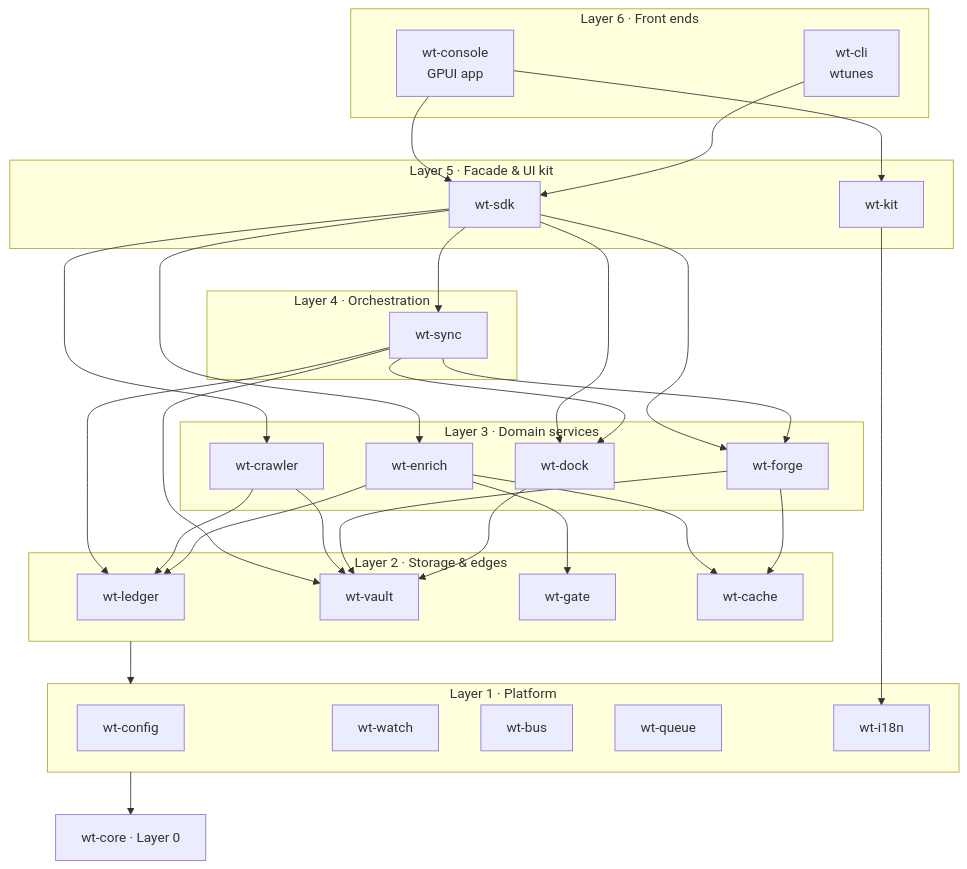
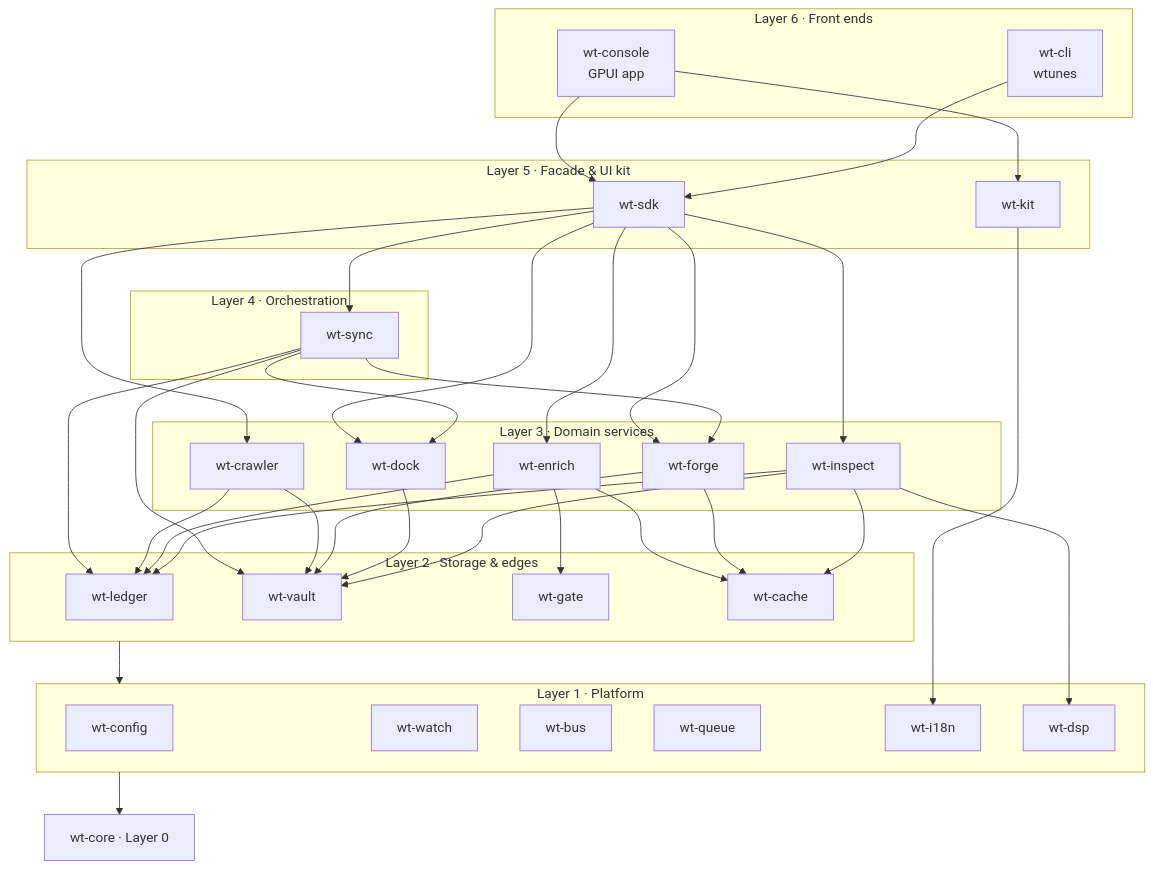
One commit to hoangphi01/walktunes changed the first of 4 diagrams in docs/ARCHITECTURE.md. Above: the diagram before and after it, drawn with Mermaid. The commit also changed other lines of this file and 18 other files, not shown here.

First line of the commit message:
docs: add quality inspection (Spek-like) and CPU architecture strategy

````diff
--- a/docs/ARCHITECTURE.md
+++ b/docs/ARCHITECTURE.md
@@ -31,46 +33,49 @@
 ```mermaid
 flowchart TB
   subgraph L6[Layer 6 · Front ends]
     console[wt-console<br/>GPUI app]
     cli[wt-cli<br/>wtunes]
   end
   subgraph L5[Layer 5 · Facade & UI kit]
     sdk[wt-sdk]
     kit[wt-kit]
   end
   subgraph L4[Layer 4 · Orchestration]
     sync[wt-sync]
   end
   subgraph L3[Layer 3 · Domain services]
     crawler[wt-crawler]
     enrich[wt-enrich]
     forge[wt-forge]
     dock[wt-dock]
+    inspect[wt-inspect]
   end
   subgraph L2[Layer 2 · Storage & edges]
     ledger[wt-ledger]
     vault[wt-vault]
     gate[wt-gate]
     cache[wt-cache]
   end
   subgraph L1[Layer 1 · Platform]
     config[wt-config]
     watch[wt-watch]
     bus[wt-bus]
     queue[wt-queue]
     i18n[wt-i18n]
+    dsp[wt-dsp]
   end
   core[wt-core · Layer 0]
 
   console --> sdk & kit
   cli --> sdk
-  sdk --> sync & crawler & enrich & forge & dock
+  sdk --> sync & crawler & enrich & forge & dock & inspect
   kit --> i18n
   sync --> dock & forge & vault & ledger
   crawler --> ledger & vault
   enrich --> gate & ledger & cache
   forge --> vault & cache
   dock --> vault
+  inspect --> dsp & vault & ledger & cache
   L2 --> L1
   L1 --> core
 ```
````
